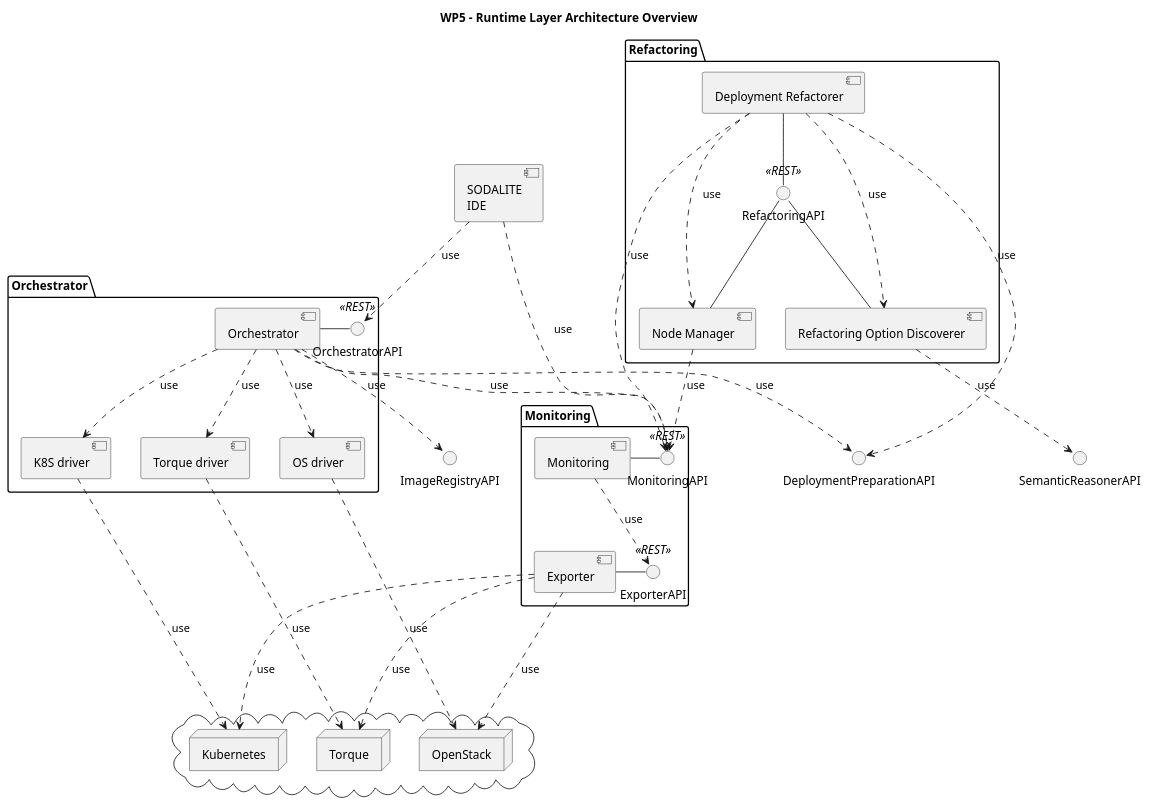
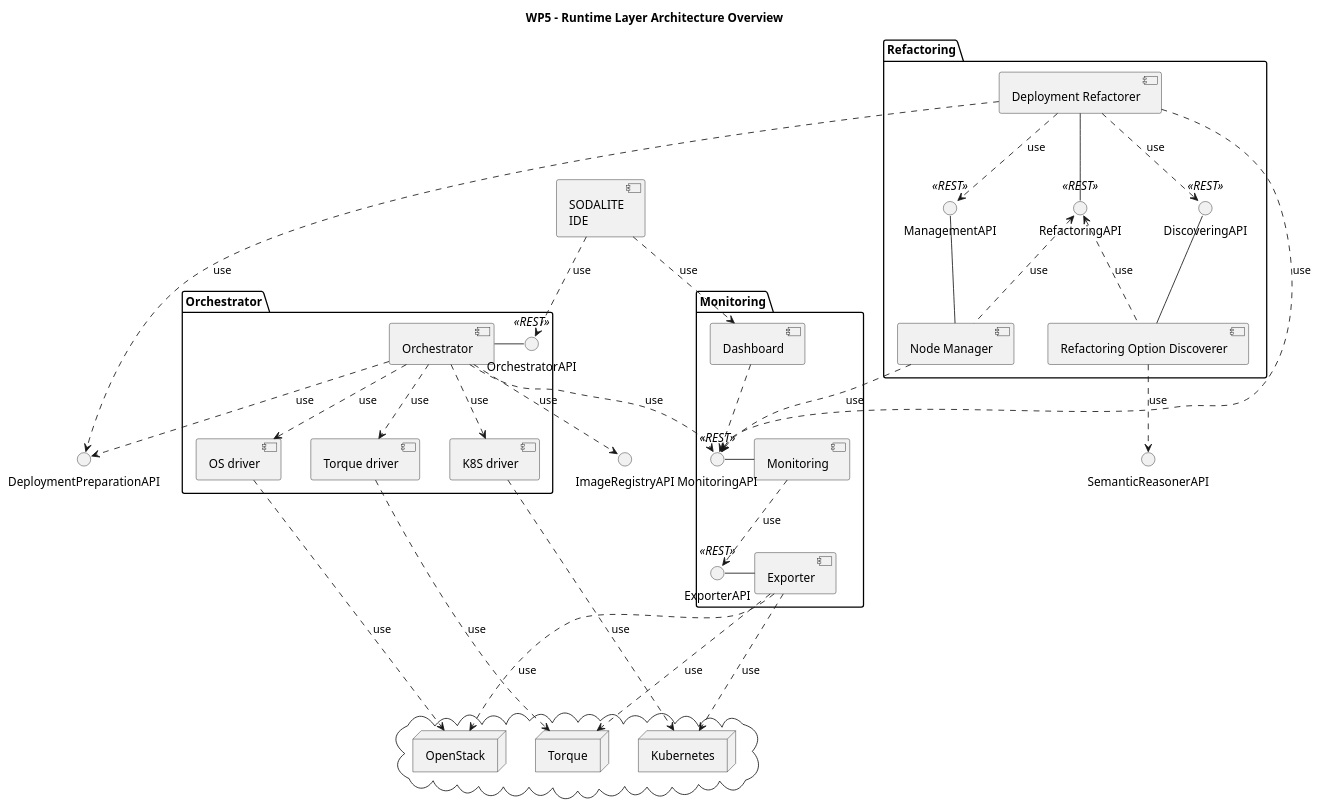
One commit to SODALITE-EU/project-wide-documentation changed the diagram in uml/component-diagrams/CD-WP5-ArchitectureOverview.puml. Above: the diagram before and after it, drawn with PlantUML. The commit also changed 6 other files, not shown here.

Commit message:
WP5 architecture and related UC updates from Atos

```diff
--- a/uml/component-diagrams/CD-WP5-ArchitectureOverview.puml
+++ b/uml/component-diagrams/CD-WP5-ArchitectureOverview.puml
@@ -1,77 +1,83 @@
 @startuml
 
 title WP5 - Runtime Layer Architecture Overview
 
 interface "SemanticReasonerAPI" as sem
 
 package "Orchestrator" as orch {
     component [Orchestrator] as orch_impl
     interface "OrchestratorAPI" <<REST>> as orch_if
     component [OS driver] as os_driver
     component [K8S driver] as k8s_driver
     component [Torque driver] as torque_driver
 }
 
 package "Monitoring" as mon {
     [Monitoring] as mon_impl
     () "MonitoringAPI" <<REST>> as mon_if
+    [Dashboard] as dash
     [Exporter] as exp
     () "ExporterAPI" <<REST>> as exp_if
 }
 
 package "Refactoring" as refactor {
     interface "RefactoringAPI" <<REST>> as ref_if
+    interface "DiscoveringAPI" <<REST>> as dis_if
+    interface "ManagementAPI" <<REST>> as mng_if
     component [Deployment Refactorer] as ref_depl
     component [Refactoring Option Discoverer] as ref_opt
     component [Node Manager] as ref_node
 }
 
 cloud {
     node OpenStack
     node Kubernetes as K8S
     node Torque
 }
 
 () "DeploymentPreparationAPI" as depl_prep
 () "ImageRegistryAPI" as image_reg
 
 [SODALITE\nIDE] as ide
 
 orch_impl - orch_if
 
-mon_impl - mon_if
-exp - exp_if
+mon_impl -l- mon_if
+exp -l- exp_if
 mon_impl ..> exp_if : use
+dash ..> mon_if
 
 ref_if -u- ref_depl
-ref_if -d- ref_opt
-ref_if -- ref_node
+ref_if <.. ref_opt : use
+ref_if <.. ref_node : use
+dis_if -d- ref_opt
+mng_if -d- ref_node
 
 ref_opt ..> sem : use
 
-ref_depl ..> ref_node : use
-ref_depl ..> ref_opt : use
+ref_depl ..> mng_if : use
+ref_depl ..> dis_if : use
 ref_depl ..> depl_prep : use
 
 ref_node ..> mon_if : use
 ref_depl ..> mon_if : use
 orch_impl ..> mon_if : use
 
 torque_driver ..> Torque : use
 
 orch_impl ..> os_driver : use
 orch_impl ..> k8s_driver : use
 orch_impl ..> torque_driver : use
 orch_impl ..> depl_prep: use
 orch_impl ..> image_reg: use
 
 os_driver ..> OpenStack : use
 k8s_driver ..> K8S : use
 
 exp ...> OpenStack : use
 exp ...> K8S : use
 exp ...> Torque : use
 
 ide ..> orch_if : use
-ide ..> mon_if : use
+ide ..> dash : use
 @enduml
```
